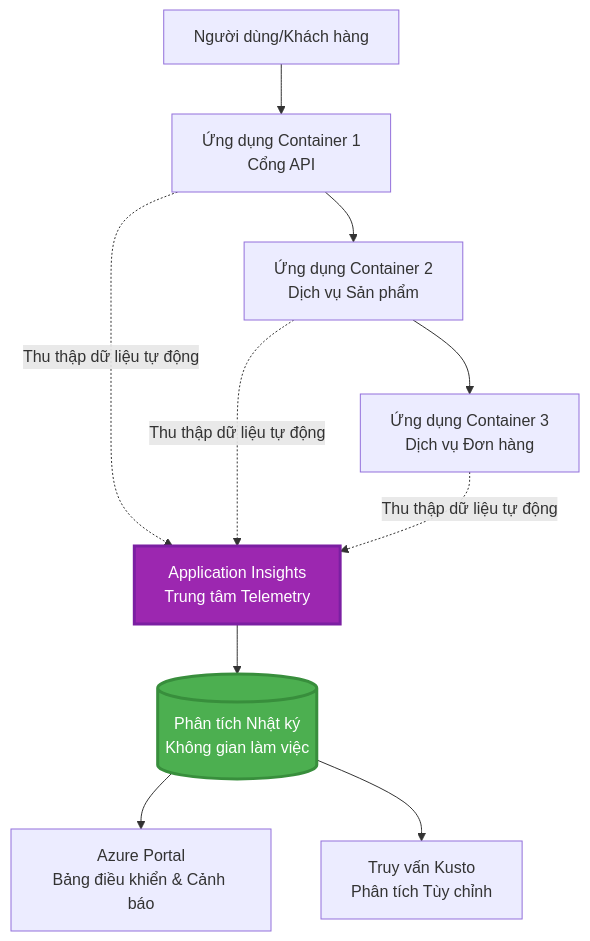
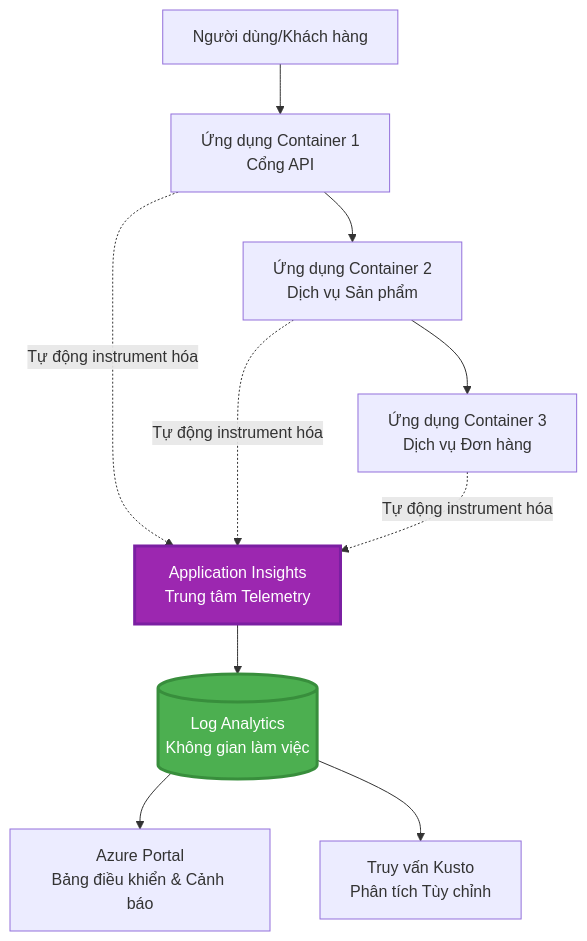
Before and after one commit to microsoft/AZD-for-beginners: the first of 2 diagrams in translations/vi/docs/chapter-06-pre-deployment/application-insights.md, drawn with Mermaid. The commit also changed other lines of this file and 101 other files, not shown here.

````diff
--- a/translations/vi/docs/chapter-06-pre-deployment/application-insights.md
+++ b/translations/vi/docs/chapter-06-pre-deployment/application-insights.md
@@ -58,28 +58,28 @@
 ```mermaid
 graph TB
     User[Người dùng/Khách hàng]
     App1[Ứng dụng Container 1<br/>Cổng API]
     App2[Ứng dụng Container 2<br/>Dịch vụ Sản phẩm]
     App3[Ứng dụng Container 3<br/>Dịch vụ Đơn hàng]
     
     AppInsights[Application Insights<br/>Trung tâm Telemetry]
-    LogAnalytics[(Phân tích Nhật ký<br/>Không gian làm việc)]
+    LogAnalytics[(Log Analytics<br/>Không gian làm việc)]
     
     Portal[Azure Portal<br/>Bảng điều khiển & Cảnh báo]
     Query[Truy vấn Kusto<br/>Phân tích Tùy chỉnh]
     
     User --> App1
     App1 --> App2
     App2 --> App3
     
-    App1 -.->|Thu thập dữ liệu tự động| AppInsights
-    App2 -.->|Thu thập dữ liệu tự động| AppInsights
-    App3 -.->|Thu thập dữ liệu tự động| AppInsights
+    App1 -.->|Tự động instrument hóa| AppInsights
+    App2 -.->|Tự động instrument hóa| AppInsights
+    App3 -.->|Tự động instrument hóa| AppInsights
     
     AppInsights --> LogAnalytics
     LogAnalytics --> Portal
     LogAnalytics --> Query
     
     style AppInsights fill:#9C27B0,stroke:#7B1FA2,stroke-width:3px,color:#fff
     style LogAnalytics fill:#4CAF50,stroke:#388E3C,stroke-width:3px,color:#fff
 ```
````
